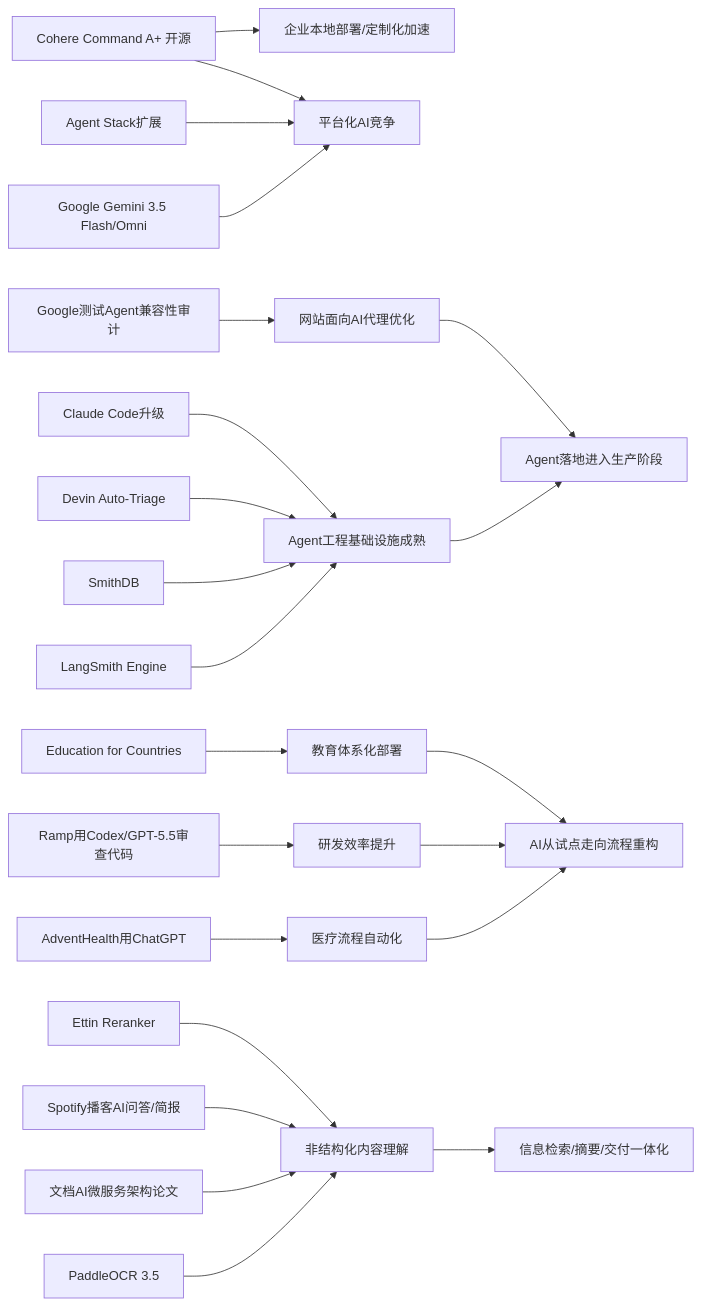
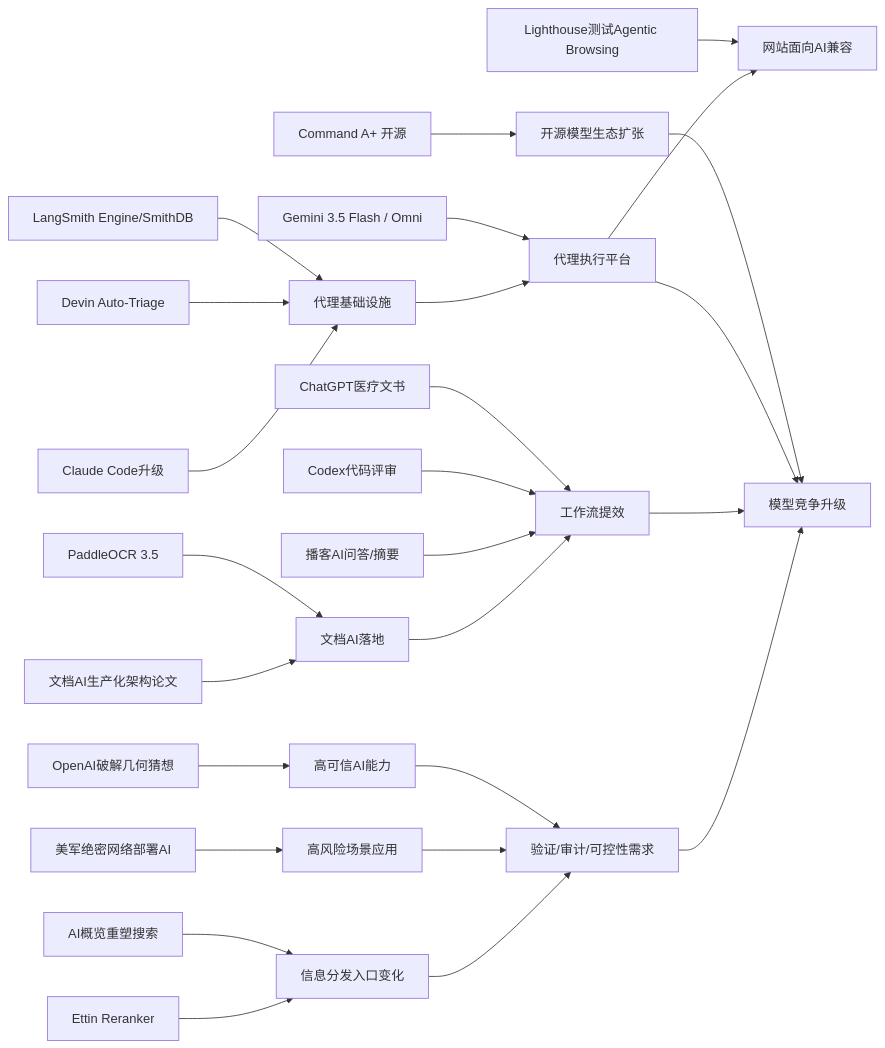
The diagram in content/cn/2026/2026-05/2026-05-21.md (zhuxinfei/ai-daily-site), drawn with Mermaid before and after one commit. The commit also changed other lines of this file, not shown here.

````diff
--- a/content/cn/2026/2026-05/2026-05-21.md
+++ b/content/cn/2026/2026-05/2026-05-21.md
@@ -110,37 +110,32 @@
 ```mermaid
 graph LR
-    A[Cohere Command A+ 开源] --> B[企业本地部署/定制化加速]
-    C[Google Gemini 3.5 Flash/Omni] --> D[平台化AI竞争]
-    E[Agent Stack扩展] --> D
-    A --> D
+    Cohere[Command A+ 开源] --> OpenModel[开源模型生态扩张]
+    GoogleIO[Gemini 3.5 Flash / Omni] --> AgentPlatform[代理执行平台]
+    LangSmith[LangSmith Engine/SmithDB] --> AgentInfra[代理基础设施]
+    Devin[Devin Auto-Triage] --> AgentInfra
+    ClaudeCode[Claude Code升级] --> AgentInfra
+    AgentInfra --> AgentPlatform
+    GoogleLighthouse[Lighthouse测试Agentic Browsing] --> AgentWeb[网站面向AI兼容]
+    AgentPlatform --> AgentWeb
 
-    F[LangSmith Engine]
-    G[SmithDB]
-    H[Devin Auto-Triage]
-    I[Claude Code升级]
-    F --> J[Agent工程基础设施成熟]
-    G --> J
-    H --> J
-    I --> J
+    AdventHealth[ChatGPT医疗文书] --> WorkflowAI[工作流提效]
+    Ramp[Codex代码评审] --> WorkflowAI
+    Spotify[播客AI问答/摘要] --> WorkflowAI
+    PaddleOCR[PaddleOCR 3.5] --> DocumentAI[文档AI落地]
+    DocPaper[文档AI生产化架构论文] --> DocumentAI
+    DocumentAI --> WorkflowAI
 
-    K[Google测试Agent兼容性审计] --> L[网站面向AI代理优化]
-    J --> M[Agent落地进入生产阶段]
-    L --> M
+    OpenAIMath[OpenAI破解几何猜想] --> HighTrust[高可信AI能力]
+    USCyber[美军绝密网络部署AI] --> HighRisk[高风险场景应用]
+    SearchShift[AI概览重塑搜索] --> InfoGate[信息分发入口变化]
+    Ettin[Ettin Reranker] --> InfoGate
 
-    N[AdventHealth用ChatGPT] --> O[医疗流程自动化]
-    P[Ramp用Codex/GPT-5.5审查代码] --> Q[研发效率提升]
-    R[Education for Countries] --> S[教育体系化部署]
-    O --> T[AI从试点走向流程重构]
-    Q --> T
-    S --> T
+    HighTrust --> Governance[验证/审计/可控性需求]
+    HighRisk --> Governance
+    InfoGate --> Governance
 
-    U[PaddleOCR 3.5]
-    V[文档AI微服务架构论文]
-    W[Spotify播客AI问答/简报]
-    X[Ettin Reranker]
-    U --> Y[非结构化内容理解]
-    V --> Y
-    W --> Y
-    X --> Y
-    Y --> Z[信息检索/摘要/交付一体化]
+    OpenModel --> Market[模型竞争升级]
+    AgentPlatform --> Market
+    WorkflowAI --> Market
+    Governance --> Market
 ```
````
